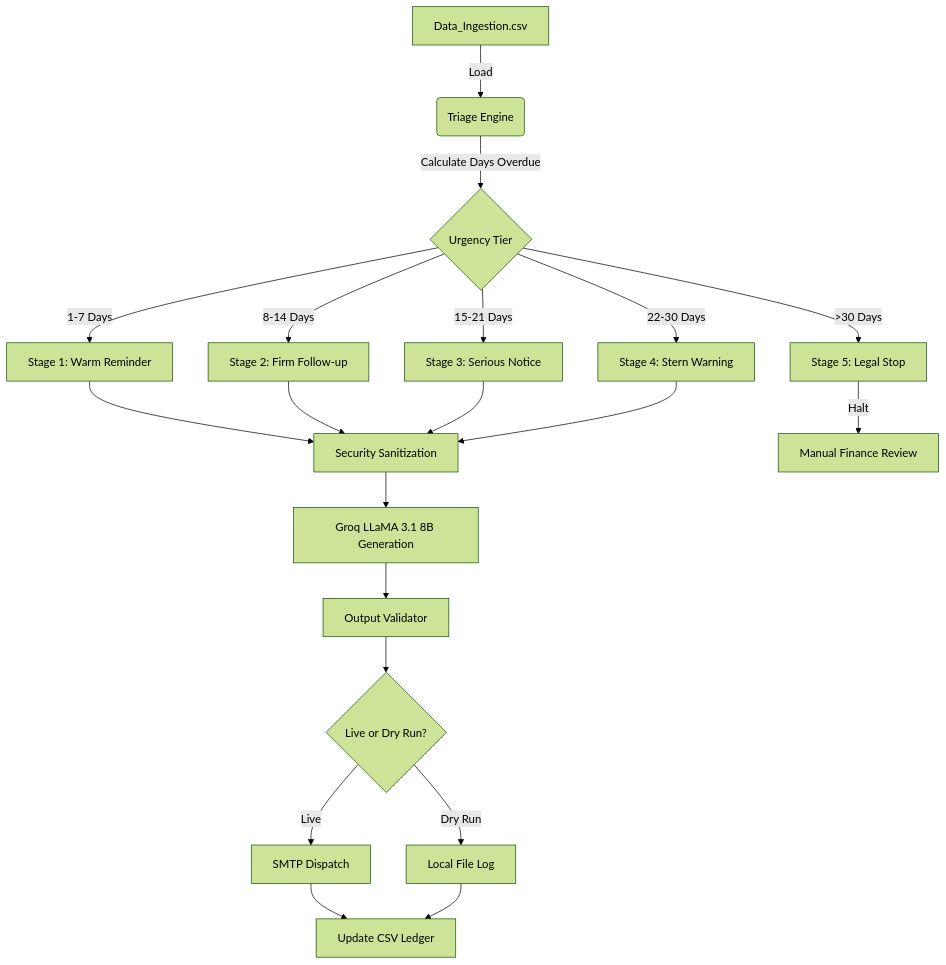
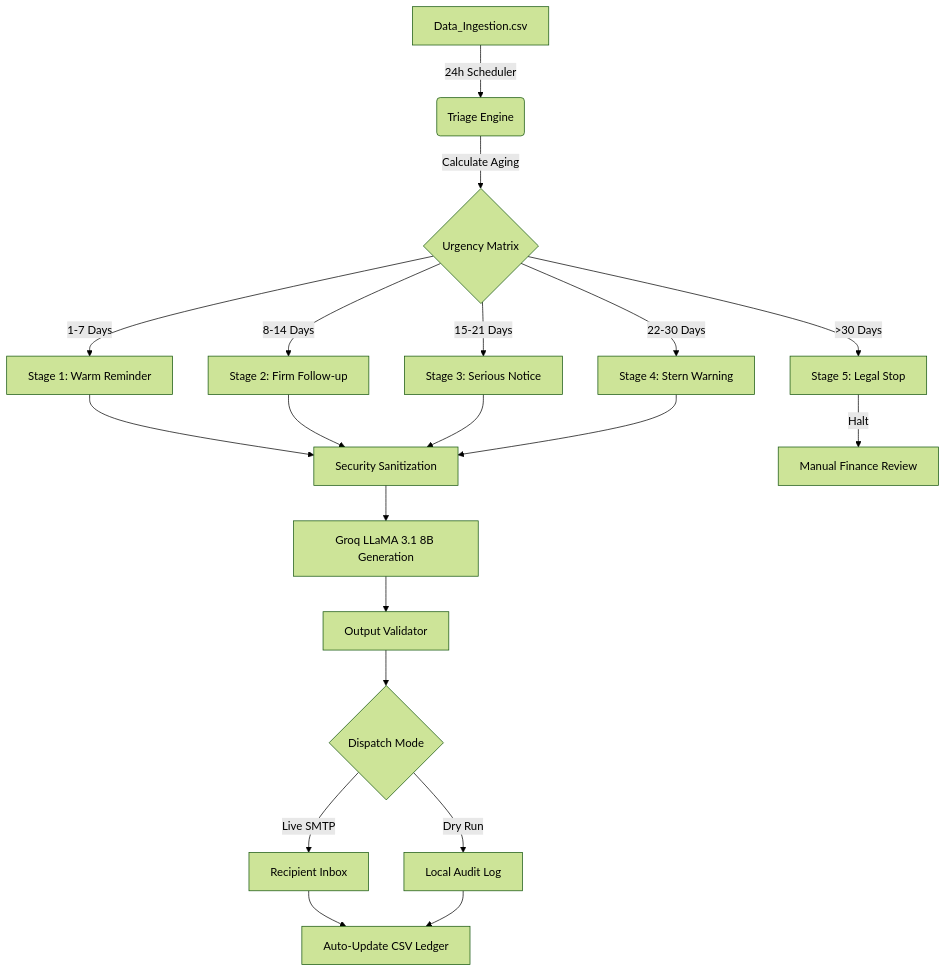
Before and after one commit to suresh-jakhar/finance-email-followup-agent: the diagram in README.md, drawn with Mermaid (forest theme). The commit also changed other lines of this file and 10 other files, not shown here.

````diff
--- a/README.md
+++ b/README.md
@@ -10,22 +10,22 @@
 ```mermaid
 graph TD
-    A[Data_Ingestion.csv] -->|Load| B(Triage Engine)
-    B -->|Calculate Days Overdue| C{Urgency Tier}
+    A[Data_Ingestion.csv] -->|24h Scheduler| B(Triage Engine)
+    B -->|Calculate Aging| C{Urgency Matrix}
     
     C -->|1-7 Days| D[Stage 1: Warm Reminder]
     C -->|8-14 Days| E[Stage 2: Firm Follow-up]
     C -->|15-21 Days| F[Stage 3: Serious Notice]
     C -->|22-30 Days| G[Stage 4: Stern Warning]
     C -->|>30 Days| H[Stage 5: Legal Stop]
     
     D & E & F & G --> I[Security Sanitization]
     I --> J[Groq LLaMA 3.1 8B Generation]
     J --> K[Output Validator]
-    K --> L{Live or Dry Run?}
     
-    L -->|Live| M[SMTP Dispatch]
-    L -->|Dry Run| N[Local File Log]
+    K --> L{Dispatch Mode}
+    L -->|Live SMTP| M[Recipient Inbox]
+    L -->|Dry Run| N[Local Audit Log]
     
-    M & N --> O[Update CSV Ledger]
+    M & N --> O[Auto-Update CSV Ledger]
     H -->|Halt| P[Manual Finance Review]
 ```
````
